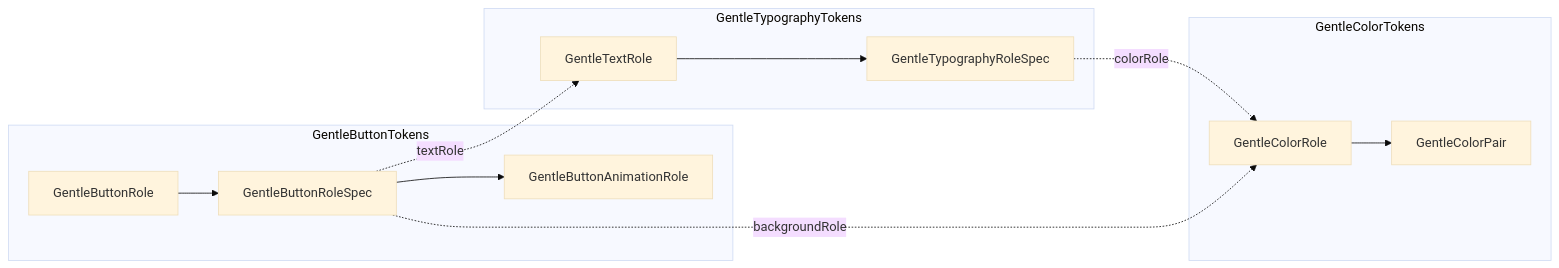
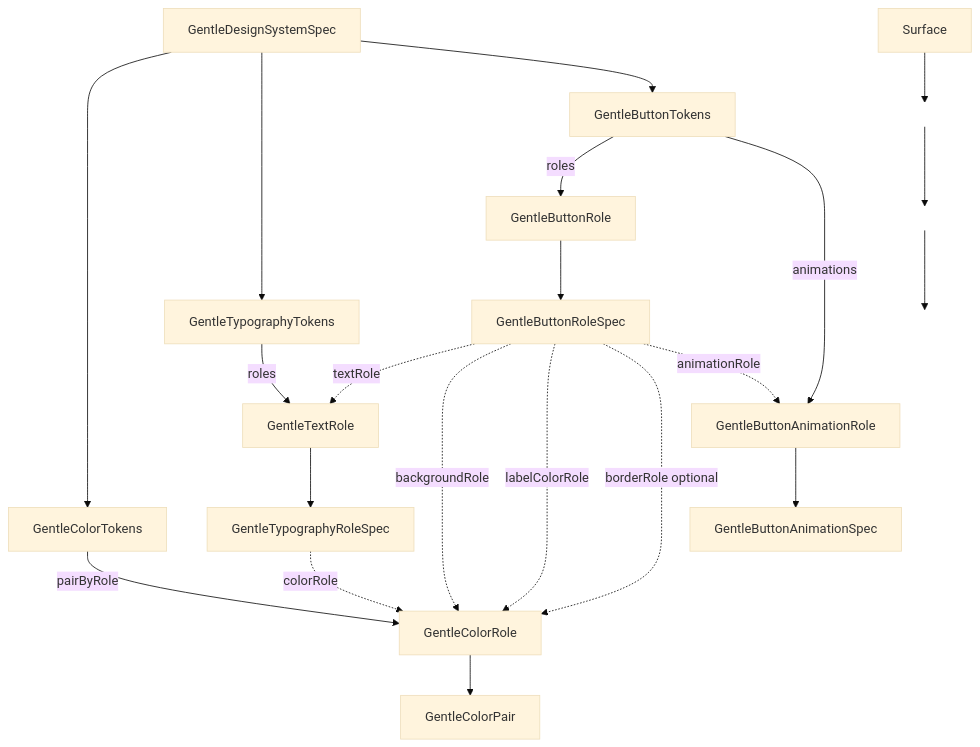
The second of 3 diagrams in README.md (gentle-giraffe-apps/GentleDesignSystem), drawn with Mermaid (base theme) before and after one commit. The commit also changed other lines of this file, not shown here.

Commit message:
doc: readme.md: fix mermaid diagrams

````diff
--- a/README.md
+++ b/README.md
@@ -125,26 +125,39 @@
 ```mermaid
-flowchart LR
-    subgraph TypographyTokens[GentleTypographyTokens]
-        TextRole[GentleTextRole]
-        TypoSpec[GentleTypographyRoleSpec]
-        TextRole --> TypoSpec
-    end
+flowchart TB
+  Spec[GentleDesignSystemSpec]
+  Spec --> Colors[GentleColorTokens]
+  Spec --> Typography[GentleTypographyTokens]
+  Spec --> Buttons[GentleButtonTokens]
 
-    subgraph ColorTokens[GentleColorTokens]
-        ColorRole[GentleColorRole]
-        ColorPair[GentleColorPair]
-        ColorRole --> ColorPair
-    end
+  %% Colors
+  Colors -->|pairByRole| ColorRole[GentleColorRole]
+  ColorRole --> Pair[GentleColorPair]
 
-    subgraph ButtonTokens[GentleButtonTokens]
-        ButtonRole[GentleButtonRole]
-        ButtonSpec[GentleButtonRoleSpec]
-        AnimRole[GentleButtonAnimationRole]
-        ButtonRole --> ButtonSpec
-        ButtonSpec --> AnimRole
-    end
+  %% Typography
+  Typography -->|roles| TextRole[GentleTextRole]
+  TextRole --> TypoSpec[GentleTypographyRoleSpec]
+  TypoSpec -.->|colorRole| ColorRole
 
-    TypoSpec -.->|colorRole| ColorRole
-    ButtonSpec -.->|textRole| TextRole
-    ButtonSpec -.->|backgroundRole| ColorRole
+  %% Buttons
+  Buttons -->|roles| ButtonRole[GentleButtonRole]
+  ButtonRole --> ButtonSpec[GentleButtonRoleSpec]
+
+  ButtonSpec -.->|textRole| TextRole
+  ButtonSpec -.->|backgroundRole| ColorRole
+  ButtonSpec -.->|labelColorRole| ColorRole
+  ButtonSpec -.->|borderRole optional| ColorRole
+
+  Buttons -->|animations| AnimRole[GentleButtonAnimationRole]
+  AnimRole --> AnimSpec[GentleButtonAnimationSpec]
+  ButtonSpec -.->|animationRole| AnimRole
+
+  %% --- Spacer nodes to force extra bottom height ---
+  SpacerA[" "]:::spacer
+  SpacerB[" "]:::spacer
+  SpacerC[" "]:::spacer
+  Surface --> SpacerA
+  SpacerA --> SpacerB
+  SpacerB --> SpacerC
+
+  classDef spacer fill:transparent,stroke:transparent,color:transparent;
 ```
````
